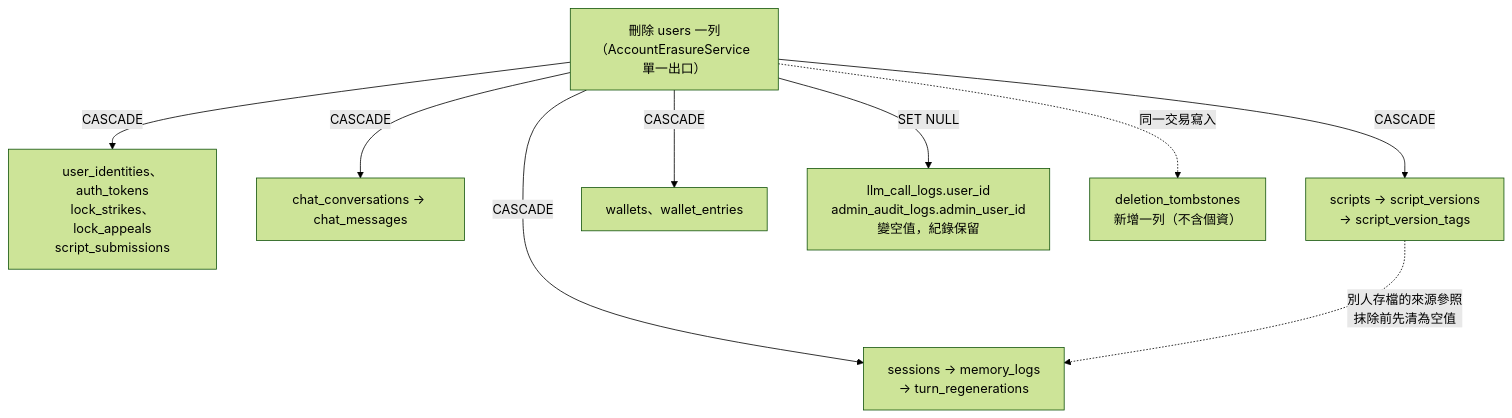
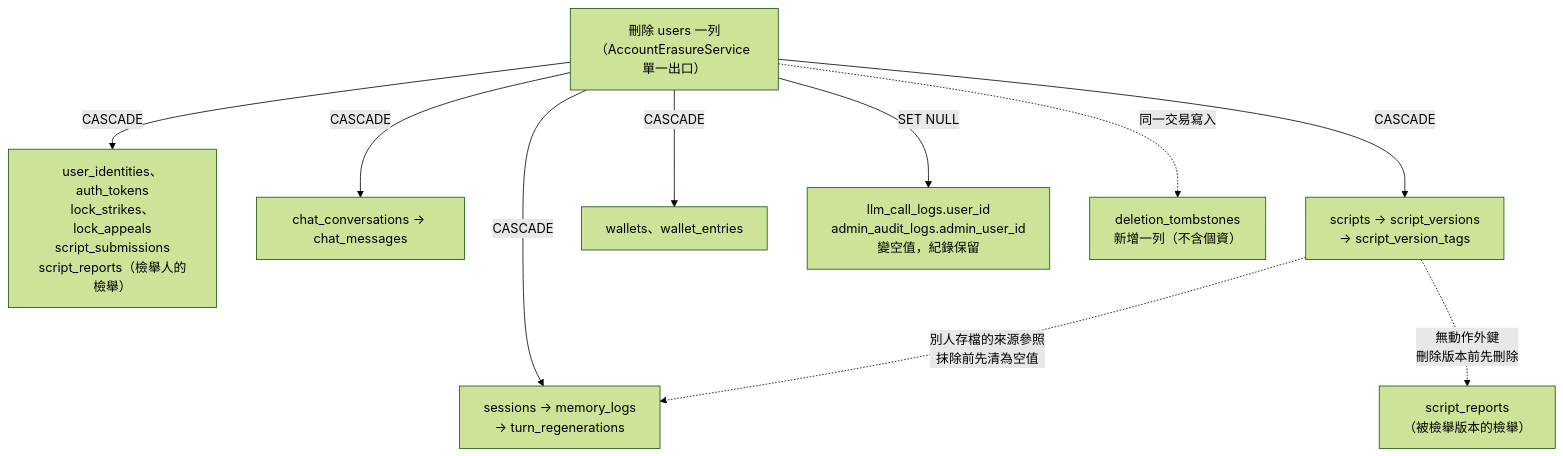
Before and after one commit to pp466pp466/R.A.C: the eighth of 12 diagrams in docs/project資料結構文件.md, drawn with Mermaid (forest theme). The commit also changed other lines of this file and 16 other files, not shown here.

First line of the commit message:
rpg-script-reports ① 批：資料層（遷移 0022、模型、ScriptReportRepository、守門與資料文件）

````diff
--- a/docs/project資料結構文件.md
+++ b/docs/project資料結構文件.md
@@ -596,19 +623,21 @@
 ```mermaid
 flowchart TD
     U["刪除 users 一列<br/>（AccountErasureService 單一出口）"]
-    A["user_identities、auth_tokens<br/>lock_strikes、lock_appeals<br/>script_submissions"]
+    A["user_identities、auth_tokens<br/>lock_strikes、lock_appeals<br/>script_submissions<br/>script_reports（檢舉人的檢舉）"]
     B["chat_conversations → chat_messages"]
     C["scripts → script_versions<br/>→ script_version_tags"]
     D["sessions → memory_logs<br/>→ turn_regenerations"]
     W["wallets、wallet_entries"]
     E["llm_call_logs.user_id<br/>admin_audit_logs.admin_user_id<br/>變空值，紀錄保留"]
     F["deletion_tombstones<br/>新增一列（不含個資）"]
+    R["script_reports<br/>（被檢舉版本的檢舉）"]
     U -->|"CASCADE"| A
     U -->|"CASCADE"| B
     U -->|"CASCADE"| C
     U -->|"CASCADE"| D
     U -->|"CASCADE"| W
     U -->|"SET NULL"| E
     U -.->|"同一交易寫入"| F
     C -.->|"別人存檔的來源參照<br/>抹除前先清為空值"| D
+    C -.->|"無動作外鍵<br/>刪除版本前先刪除"| R
 ```
````
